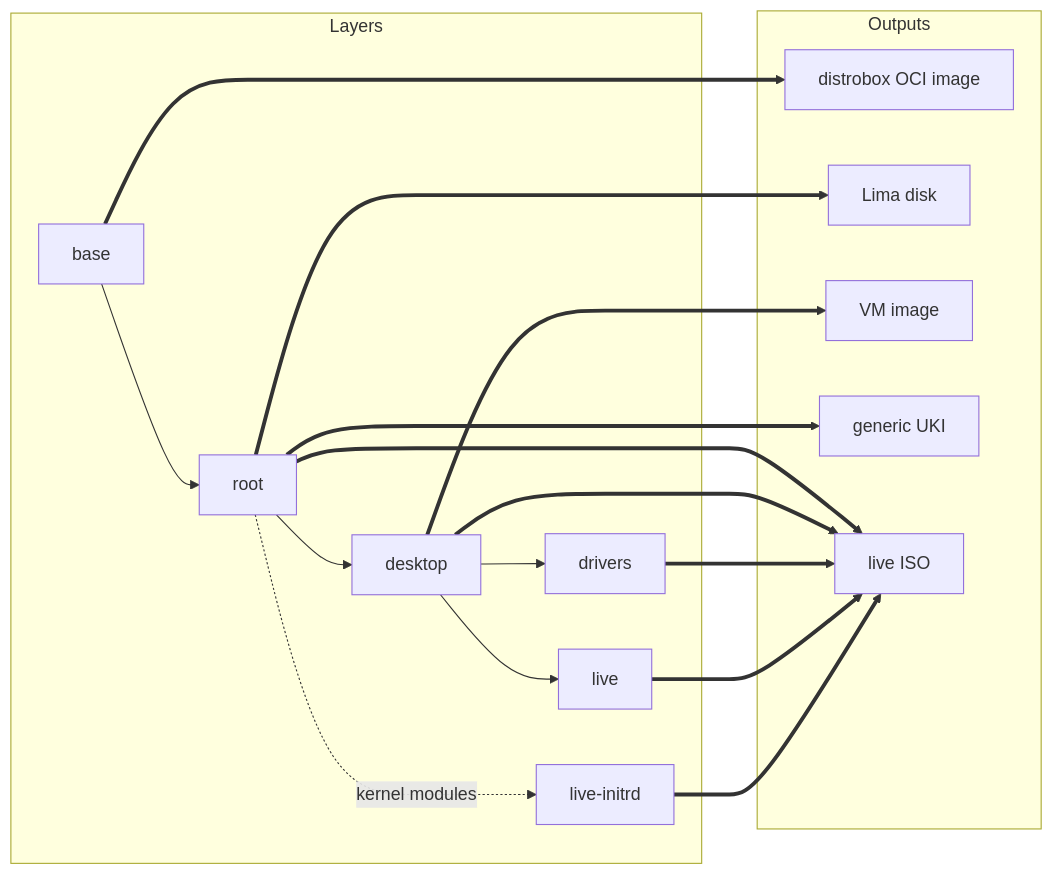
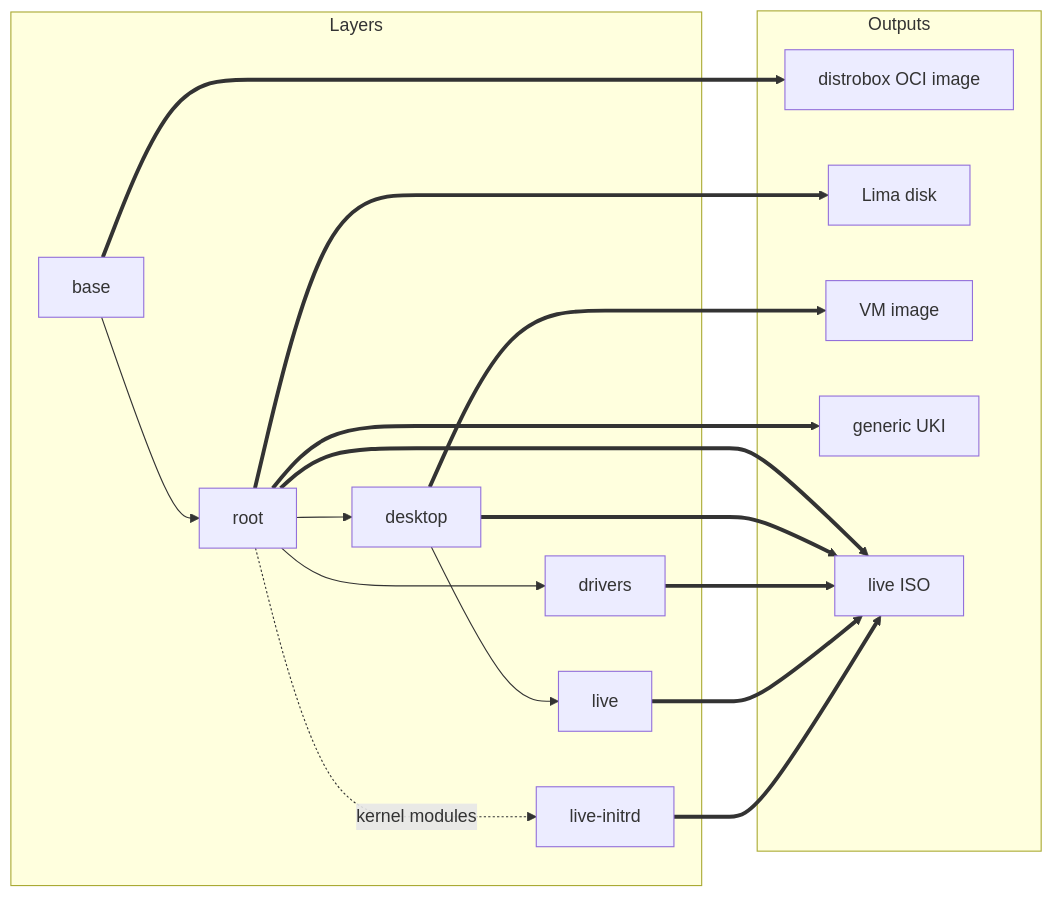
The first of 4 diagrams in docs/architecture.md (garuda-linux/image-builder), drawn with Mermaid before and after one commit. The commit also changed other lines of this file and 8 other files, not shown here.

````diff
--- a/docs/architecture.md
+++ b/docs/architecture.md
@@ -9,24 +9,24 @@
 ```mermaid
 flowchart LR
   subgraph layers [Layers]
     base --> root --> desktop
     desktop --> live
-    desktop --> drivers
+    root --> drivers
     root -. kernel modules .-> initrd[live-initrd]
   end
 
   subgraph outputs [Outputs]
     distrobox[distrobox OCI image]
     lima[Lima disk]
     vm[VM image]
     uki[generic UKI]
     iso[live ISO]
   end
 
   base ==> distrobox
   root ==> lima
   desktop ==> vm
   root ==> uki
   root & desktop & drivers & live ==> iso
   initrd ==> iso
 ```
````
